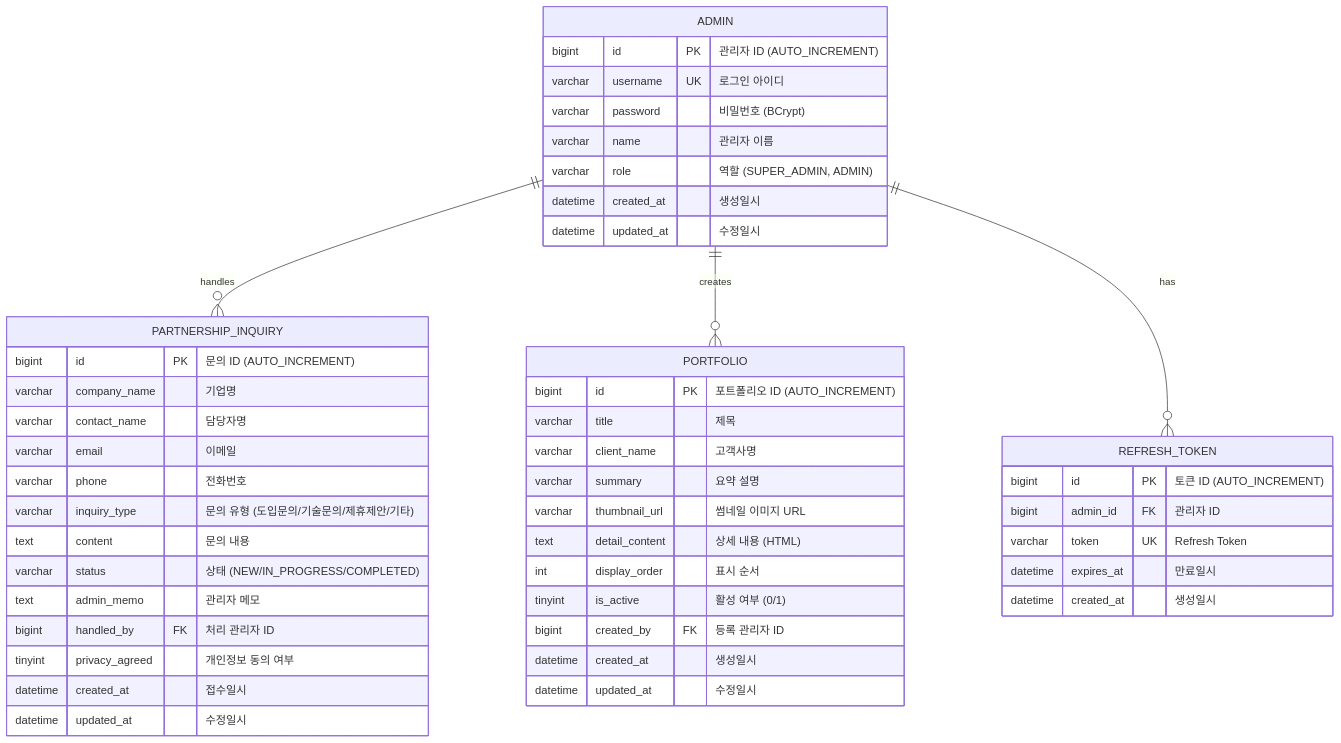
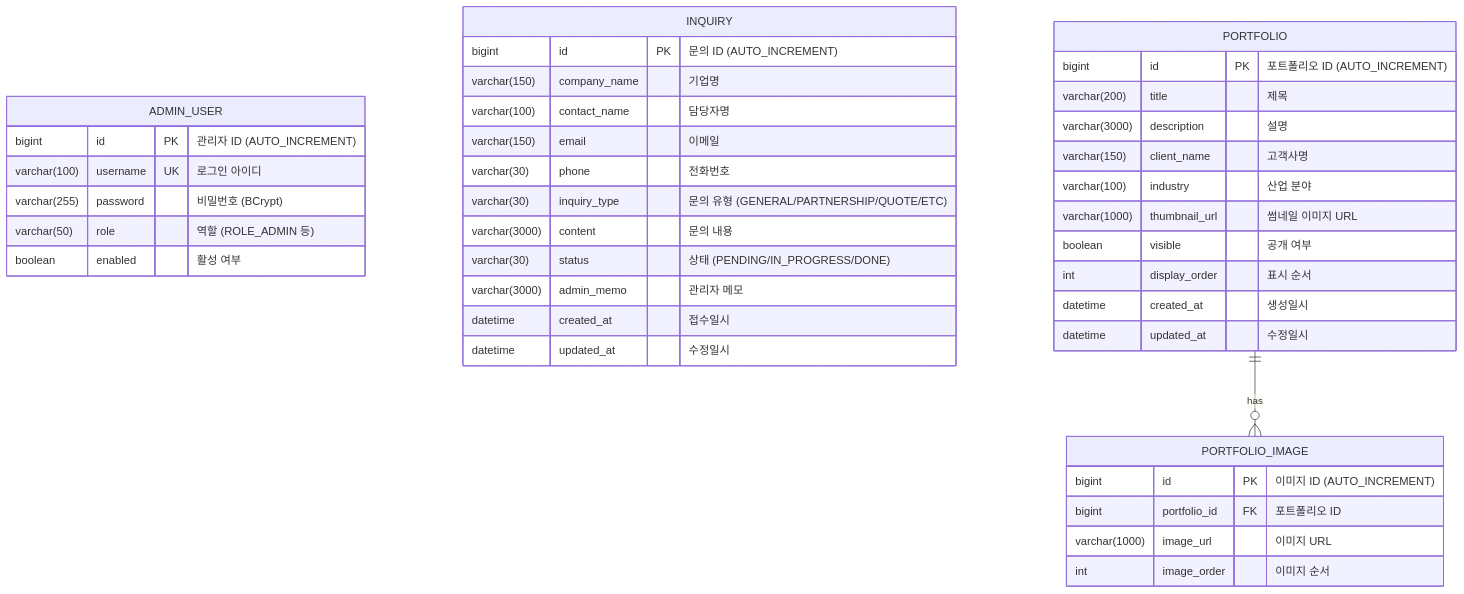
Before and after one commit to 20251029-hanhwa-swcamp-22th/be22-4st-team2-project: the diagram in docs/SalesBoost_ERD.mermaid, drawn with Mermaid. The commit also changed 1 other file, not shown here.

Commit message:
docs: README 최신화 및 ERD 업데이트
- README.md: 프로젝트 현재 상태에 맞게 전면 재작성
  - 기술 스택에 Vue.js 3, Vite, Tailwind CSS 4 추가
  - 아키텍처 다이어그램 추가
  - ERD (Mermaid) 다이어그램 포함
  - 디렉터리 구조 실제 파일 기반으로 업데이트
  - API 요약, 환경변수, 로컬 실행 가이드 테이블 형태로 정리
  - 현재 상태: 백엔드/프론트엔드/Docker/K8s 전체 완료 반영

- docs/SalesBoost_ERD.mermaid: 실제 JPA 엔티티 기반으로 재작성
  - ADMIN -> ADMIN_USER (필드 구조 변경)
  - PARTNERSHIP_INQUIRY -> INQUIRY (테이블명/필드/enum 변경)
  - PORTFOLIO 필드 업데이트 (description, industry, visible 등)
  - REFRESH_TOKEN 제거 (JWT stateless 방식으로 미사용)
  - PORTFOLIO_IMAGE 테이블 추가 (1:N 관계)

```diff
--- a/docs/SalesBoost_ERD.mermaid
+++ b/docs/SalesBoost_ERD.mermaid
@@ -1,52 +1,44 @@
 erDiagram
-    ADMIN {
+    ADMIN_USER {
         bigint id PK "관리자 ID (AUTO_INCREMENT)"
-        varchar username UK "로그인 아이디"
-        varchar password "비밀번호 (BCrypt)"
-        varchar name "관리자 이름"
-        varchar role "역할 (SUPER_ADMIN, ADMIN)"
-        datetime created_at "생성일시"
-        datetime updated_at "수정일시"
+        varchar(100) username UK "로그인 아이디"
+        varchar(255) password "비밀번호 (BCrypt)"
+        varchar(50) role "역할 (ROLE_ADMIN 등)"
+        boolean enabled "활성 여부"
     }
 
-    PARTNERSHIP_INQUIRY {
+    INQUIRY {
         bigint id PK "문의 ID (AUTO_INCREMENT)"
-        varchar company_name "기업명"
-        varchar contact_name "담당자명"
-        varchar email "이메일"
-        varchar phone "전화번호"
-        varchar inquiry_type "문의 유형 (도입문의/기술문의/제휴제안/기타)"
-        text content "문의 내용"
-        varchar status "상태 (NEW/IN_PROGRESS/COMPLETED)"
-        text admin_memo "관리자 메모"
-        bigint handled_by FK "처리 관리자 ID"
-        tinyint privacy_agreed "개인정보 동의 여부"
+        varchar(150) company_name "기업명"
+        varchar(100) contact_name "담당자명"
+        varchar(150) email "이메일"
+        varchar(30) phone "전화번호"
+        varchar(30) inquiry_type "문의 유형 (GENERAL/PARTNERSHIP/QUOTE/ETC)"
+        varchar(3000) content "문의 내용"
+        varchar(30) status "상태 (PENDING/IN_PROGRESS/DONE)"
+        varchar(3000) admin_memo "관리자 메모"
         datetime created_at "접수일시"
         datetime updated_at "수정일시"
     }
 
     PORTFOLIO {
         bigint id PK "포트폴리오 ID (AUTO_INCREMENT)"
-        varchar title "제목"
-        varchar client_name "고객사명"
-        varchar summary "요약 설명"
-        varchar thumbnail_url "썸네일 이미지 URL"
-        text detail_content "상세 내용 (HTML)"
+        varchar(200) title "제목"
+        varchar(3000) description "설명"
+        varchar(150) client_name "고객사명"
+        varchar(100) industry "산업 분야"
+        varchar(1000) thumbnail_url "썸네일 이미지 URL"
+        boolean visible "공개 여부"
         int display_order "표시 순서"
-        tinyint is_active "활성 여부 (0/1)"
-        bigint created_by FK "등록 관리자 ID"
         datetime created_at "생성일시"
         datetime updated_at "수정일시"
     }
 
-    REFRESH_TOKEN {
-        bigint id PK "토큰 ID (AUTO_INCREMENT)"
-        bigint admin_id FK "관리자 ID"
-        varchar token UK "Refresh Token"
-        datetime expires_at "만료일시"
-        datetime created_at "생성일시"
+    PORTFOLIO_IMAGE {
+        bigint id PK "이미지 ID (AUTO_INCREMENT)"
+        bigint portfolio_id FK "포트폴리오 ID"
+        varchar(1000) image_url "이미지 URL"
+        int image_order "이미지 순서"
     }
 
-    ADMIN ||--o{ PARTNERSHIP_INQUIRY : "handles"
-    ADMIN ||--o{ PORTFOLIO : "creates"
-    ADMIN ||--o{ REFRESH_TOKEN : "has"
+    PORTFOLIO ||--o{ PORTFOLIO_IMAGE : "has"
```
